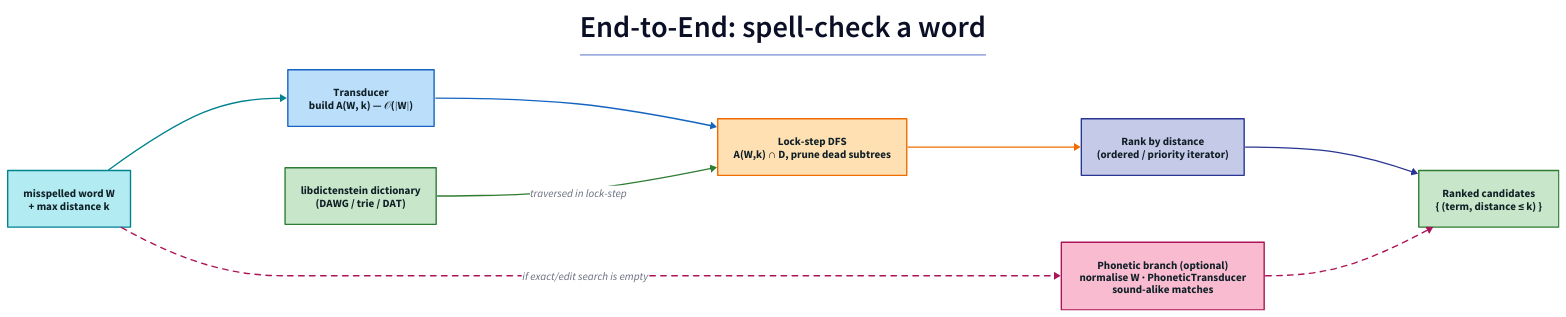
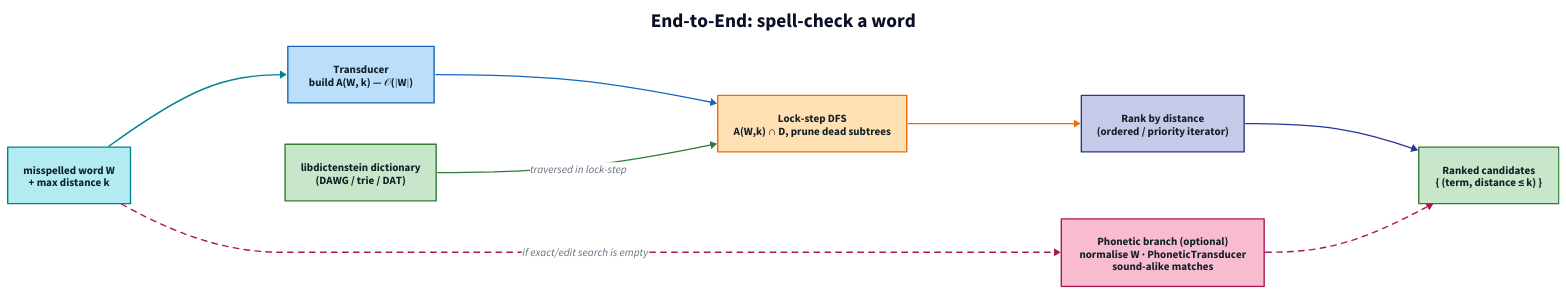
The diagram in docs/diagrams/traversal/end-to-end-spellcheck.d2 (vinary-tree/liblevenshtein-rust), drawn with D2 before and after one commit. The commit also changed 25 other files, not shown here.

First line of the commit message:
docs: update backend diagrams and archive limitation

```diff
--- a/docs/diagrams/traversal/end-to-end-spellcheck.d2
+++ b/docs/diagrams/traversal/end-to-end-spellcheck.d2
@@ -1,45 +1,48 @@
 # end-to-end-spellcheck.d2 — the full data-flow of "spell-check a word",
 # crossing the crate boundary. Input (teal) → transducer core (blue) → the
 # libdictenstein dictionary (green) → distance ranking (indigo) → results
 # (green). An optional phonetic branch (pink) handles sound-alike matching.
 direction: right
 
-title: |md
-  # End-to-End: spell-check a word
-| { near: top-center; style.font-size: 22 }
+title: "End-to-End: spell-check a word" {
+  near: top-center
+  shape: text
+  style.font-size: 28
+  style.bold: true
+}
 
 inp: "misspelled word W\n+ max distance k" {
   style.fill: "#B2EBF2"; style.stroke: "#00838F"; style.font-color: "#102027"
 }
 
 build: "Transducer\nbuild A(W, k)  — 𝒪(∣W∣)" {
   style.fill: "#BBDEFB"; style.stroke: "#1565C0"; style.font-color: "#102027"
 }
 
 dict: "libdictenstein dictionary\n(DAWG / trie / DAT)" {
   style.fill: "#C8E6C9"; style.stroke: "#2E7D32"; style.font-color: "#102027"
 }
 
 walk: "Lock-step DFS\nA(W,k) ∩ D, prune dead subtrees" {
   style.fill: "#FFE0B2"; style.stroke: "#EF6C00"; style.font-color: "#102027"
 }
 
 rank: "Rank by distance\n(ordered / priority iterator)" {
   style.fill: "#C5CAE9"; style.stroke: "#283593"; style.font-color: "#102027"
 }
 
 out: "Ranked candidates\n{ (term, distance ≤ k) }" {
   style.fill: "#C8E6C9"; style.stroke: "#2E7D32"; style.font-color: "#102027"
 }
 
 phon: "Phonetic branch (optional)\nnormalise W · PhoneticTransducer\nsound-alike matches" {
   style.fill: "#F8BBD0"; style.stroke: "#AD1457"; style.font-color: "#102027"
 }
 
 inp -> build: { style.stroke: "#00838F"; style.stroke-width: 2 }
 build -> walk: { style.stroke: "#1565C0"; style.stroke-width: 2 }
 dict -> walk: "traversed in lock-step" { style.stroke: "#2E7D32"; style.stroke-width: 2 }
 walk -> rank: { style.stroke: "#EF6C00"; style.stroke-width: 2 }
 rank -> out: { style.stroke: "#283593"; style.stroke-width: 2 }
 inp -> phon: "if exact/edit search is empty" { style.stroke: "#AD1457"; style.stroke-width: 2; style.stroke-dash: 4 }
 phon -> out: { style.stroke: "#AD1457"; style.stroke-width: 2; style.stroke-dash: 4 }
```
